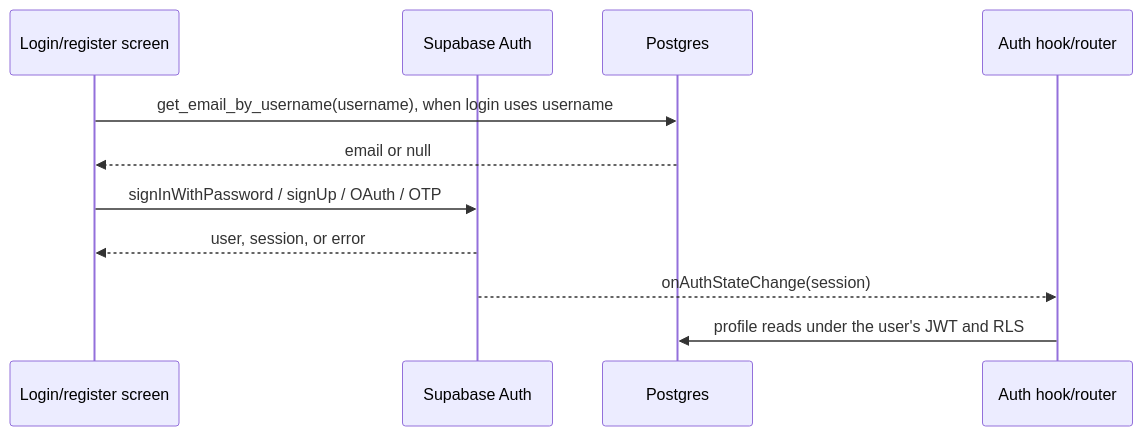
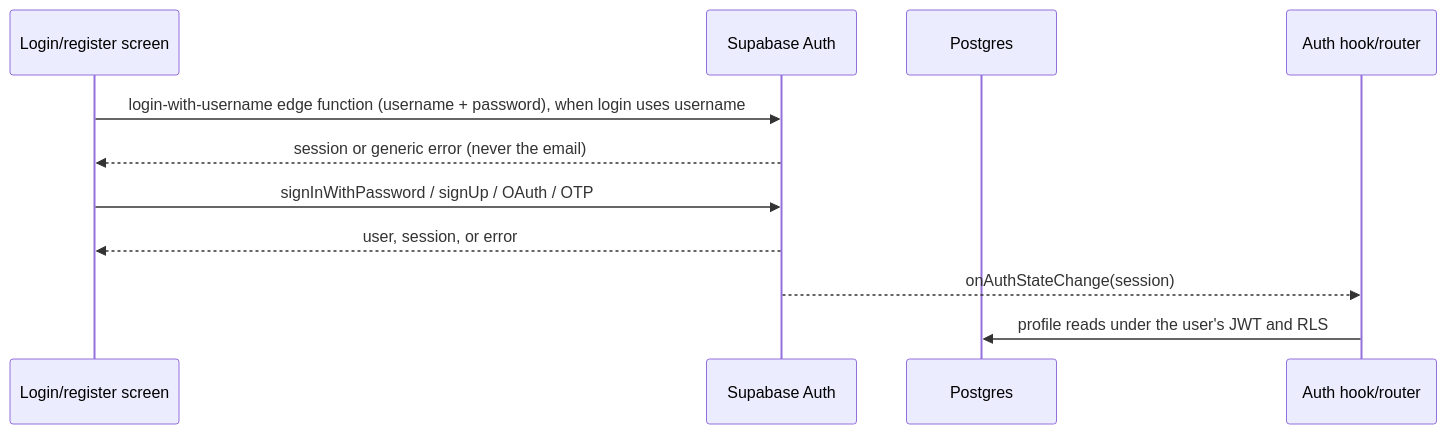
One commit to bryanw121/vclub changed the second of 7 diagrams in docs/request-response-and-data-model.md. Above: the diagram before and after it, drawn with Mermaid. The commit also changed other lines of this file and 3 other files, not shown here.

````diff
--- a/docs/request-response-and-data-model.md
+++ b/docs/request-response-and-data-model.md
@@ -143,13 +143,13 @@
 ```mermaid
 sequenceDiagram
   participant Screen as Login/register screen
   participant Auth as Supabase Auth
   participant DB as Postgres
   participant App as Auth hook/router
-  Screen->>DB: get_email_by_username(username), when login uses username
-  DB-->>Screen: email or null
+  Screen->>Auth: login-with-username edge function (username + password), when login uses username
+  Auth-->>Screen: session or generic error (never the email)
   Screen->>Auth: signInWithPassword / signUp / OAuth / OTP
   Auth-->>Screen: user, session, or error
   Auth-->>App: onAuthStateChange(session)
   App->>DB: profile reads under the user's JWT and RLS
 ```
````
